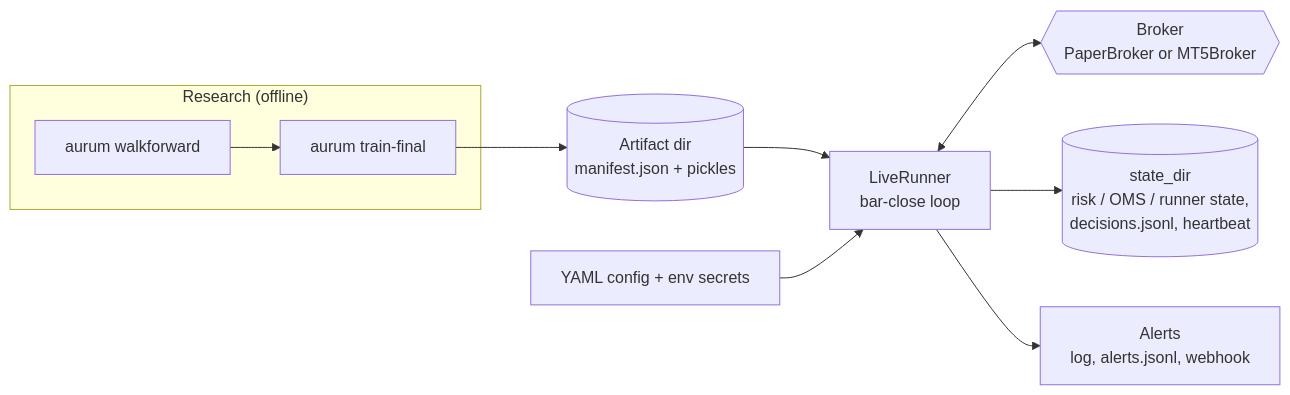
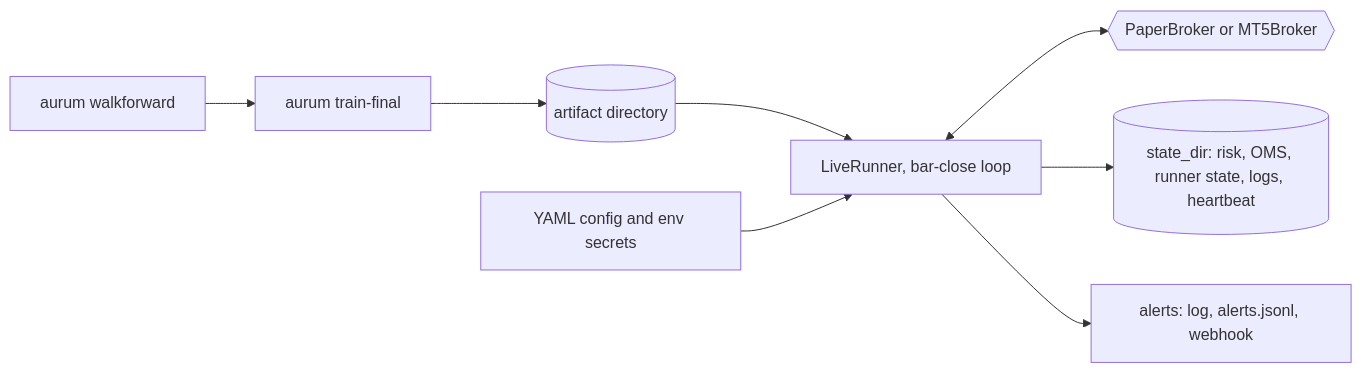
One commit to zero-was-here/tradingbot changed the first of 8 diagrams in docs/live-trading.md. Above: the diagram before and after it, drawn with Mermaid. The commit also changed other lines of this file and 302 other files, not shown here.

First line of the commit message:
Docs v2.1: math, diagrams and real-data figures for every algorithm

````diff
--- a/docs/live-trading.md
+++ b/docs/live-trading.md
@@ -54,12 +65,10 @@
 ```mermaid
 flowchart LR
-  subgraph RESEARCH["Research (offline)"]
-    WF["aurum walkforward"] --> TF["aurum train-final"]
-  end
-  TF --> ART[("Artifact dir<br/>manifest.json + pickles")]
-  ART --> RUN["LiveRunner<br/>bar-close loop"]
-  CFG["YAML config + env secrets"] --> RUN
-  RUN <--> BRK{{"Broker<br/>PaperBroker or MT5Broker"}}
-  RUN --> SD[("state_dir<br/>risk / OMS / runner state,<br/>decisions.jsonl, heartbeat")]
-  RUN --> AL["Alerts<br/>log, alerts.jsonl, webhook"]
+  WF["aurum walkforward"] --> TF["aurum train-final"]
+  TF --> ART[("artifact directory")]
+  ART --> RUN["LiveRunner, bar-close loop"]
+  CFG["YAML config and env secrets"] --> RUN
+  RUN <--> BRK{{"PaperBroker or MT5Broker"}}
+  RUN --> SD[("state_dir: risk, OMS, runner state, logs, heartbeat")]
+  RUN --> AL["alerts: log, alerts.jsonl, webhook"]
 ```
````
